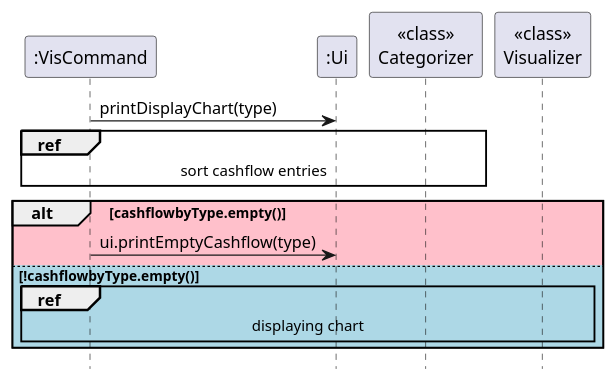
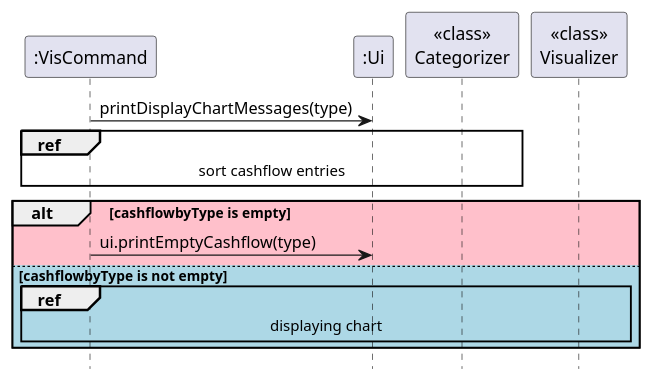
The diagram in docs/diagrams/vis/visualisationSequence.puml (nus-cs2113-AY2324S1/tp), drawn with PlantUML before and after one commit. The commit also changed 8 other files, not shown here.

```diff
--- a/docs/diagrams/vis/visualisationSequence.puml
+++ b/docs/diagrams/vis/visualisationSequence.puml
@@ -1,25 +1,25 @@
 @startuml
 
 participant ":VisCommand"
 participant ":Ui"
 participant "<<class>>\nCategorizer"
 participant "<<class>>\nVisualizer"
 
-":VisCommand"-> ":Ui": printDisplayChart(type)
+":VisCommand"-> ":Ui": printDisplayChartMessages(type)
 
 ref over "<<class>>\nCategorizer", ":VisCommand" : sort cashflow entries
 
-alt #Pink cashflowbyType.empty()
+alt #Pink cashflowbyType is empty
 
     ":VisCommand" -> ":Ui" : ui.printEmptyCashflow(type)
 
-else #LightBlue !cashflowbyType.empty()
+else #LightBlue cashflowbyType is not empty
 
     ref over "<<class>>\nVisualizer", ":VisCommand": displaying chart
 
 end
 
 
 hide footbox
 
 @enduml
```
